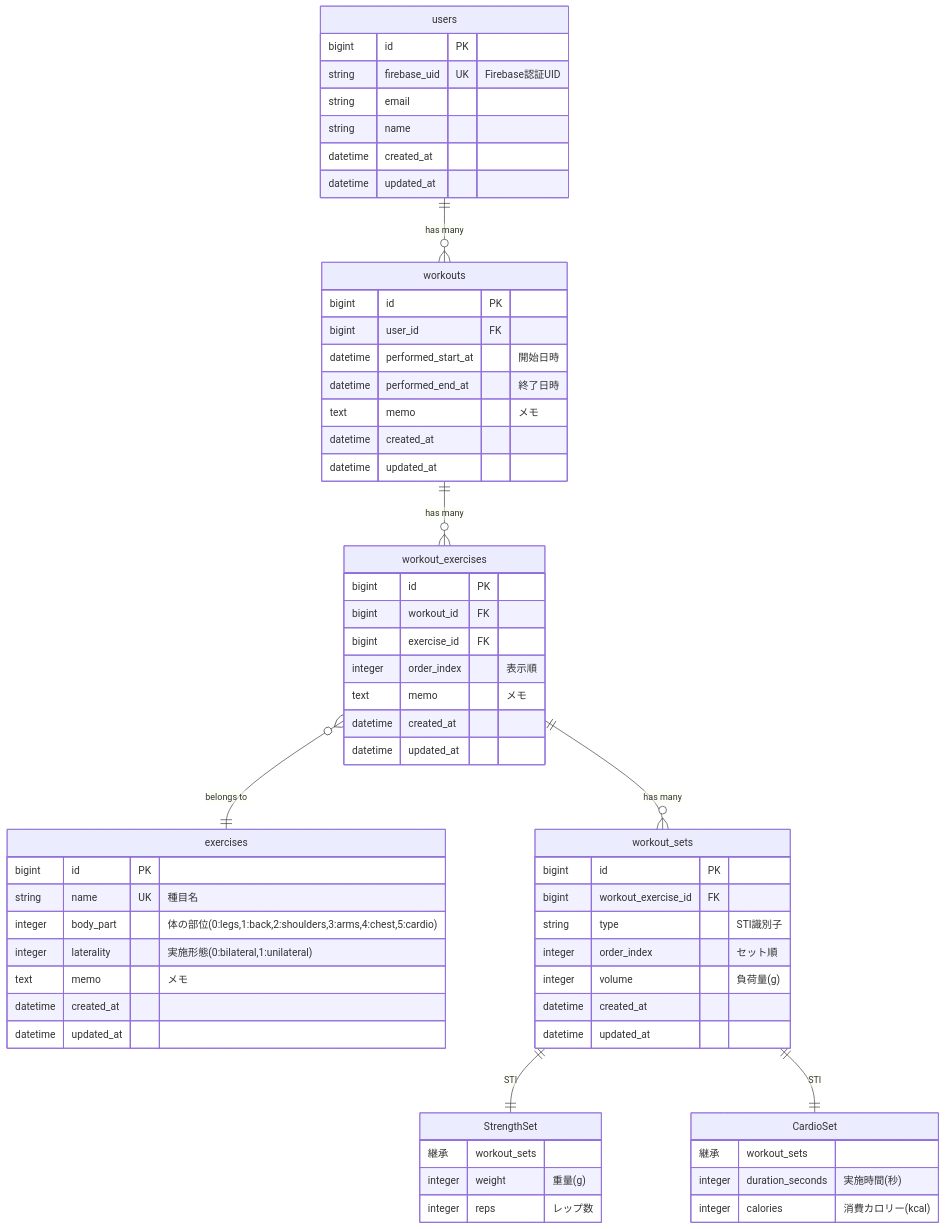
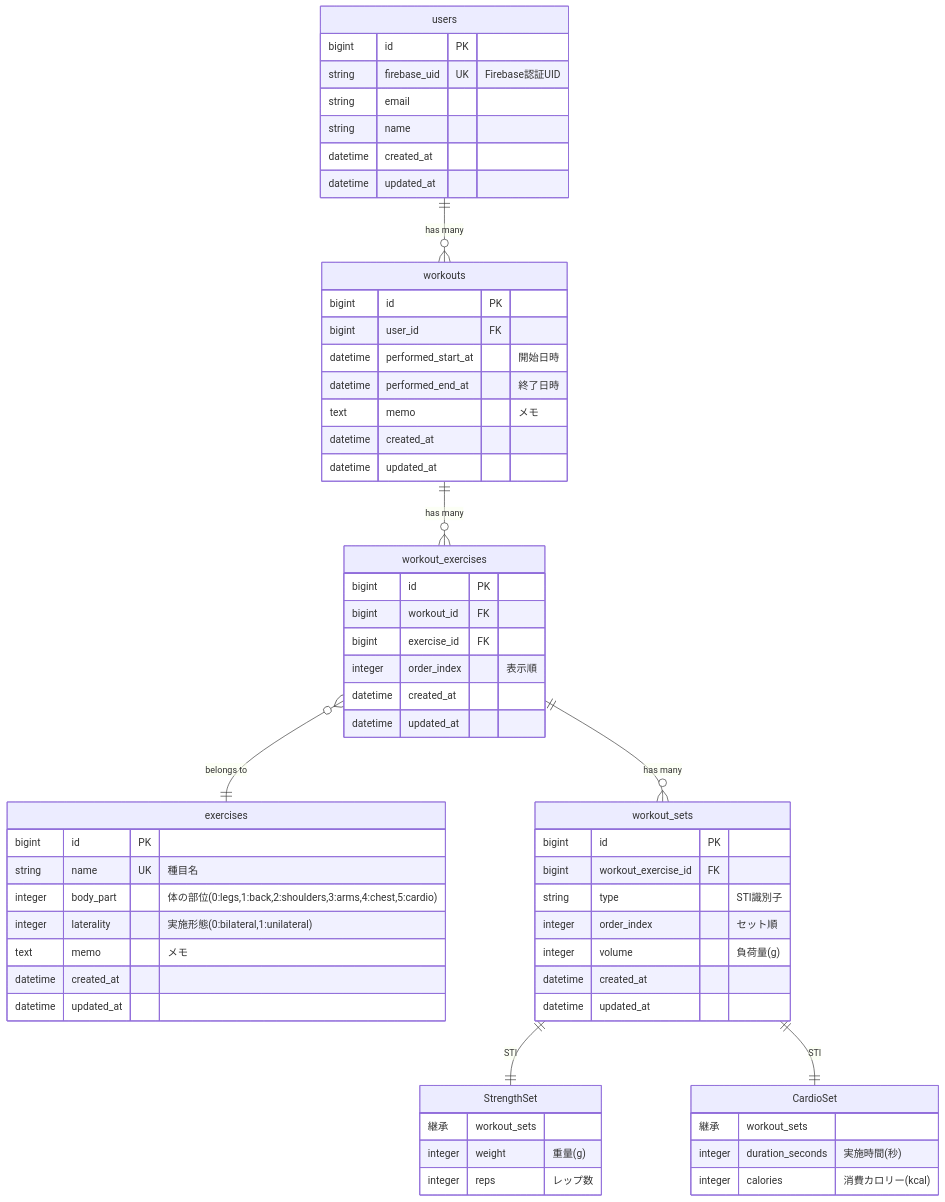
The diagram in docs/データベース設計.md (ANTON072/gym-note-api), drawn with Mermaid before and after one commit. The commit also changed other lines of this file and 4 other files, not shown here.

````diff
--- a/docs/データベース設計.md
+++ b/docs/データベース設計.md
@@ -5,70 +5,69 @@
 ```mermaid
 erDiagram
     users ||--o{ workouts : "has many"
     workouts ||--o{ workout_exercises : "has many"
     workout_exercises }o--|| exercises : "belongs to"
     workout_exercises ||--o{ workout_sets : "has many"
     workout_sets ||--|| StrengthSet : "STI"
     workout_sets ||--|| CardioSet : "STI"
 
     users {
         bigint id PK
         string firebase_uid UK "Firebase認証UID"
         string email
         string name
         datetime created_at
         datetime updated_at
     }
 
     exercises {
         bigint id PK
         string name UK "種目名"
         integer body_part "体の部位(0:legs,1:back,2:shoulders,3:arms,4:chest,5:cardio)"
         integer laterality "実施形態(0:bilateral,1:unilateral)"
         text memo "メモ"
         datetime created_at
         datetime updated_at
     }
 
     workouts {
         bigint id PK
         bigint user_id FK
         datetime performed_start_at "開始日時"
         datetime performed_end_at "終了日時"
         text memo "メモ"
         datetime created_at
         datetime updated_at
     }
 
     workout_exercises {
         bigint id PK
         bigint workout_id FK
         bigint exercise_id FK
         integer order_index "表示順"
-        text memo "メモ"
         datetime created_at
         datetime updated_at
     }
 
     workout_sets {
         bigint id PK
         bigint workout_exercise_id FK
         string type "STI識別子"
         integer order_index "セット順"
         integer volume "負荷量(g)"
         datetime created_at
         datetime updated_at
     }
 
     StrengthSet {
         継承 workout_sets
         integer weight "重量(g)"
         integer reps "レップ数"
     }
 
     CardioSet {
         継承 workout_sets
         integer duration_seconds "実施時間(秒)"
         integer calories "消費カロリー(kcal)"
     }
 ```
````
